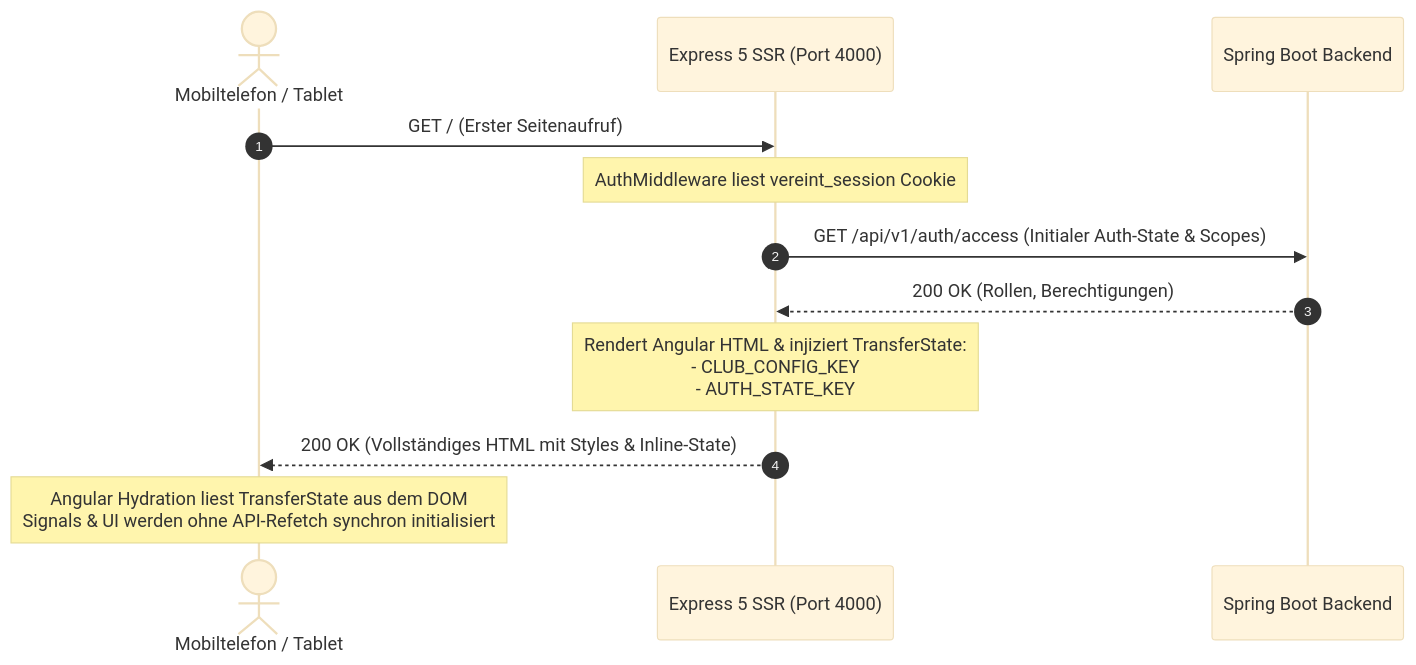
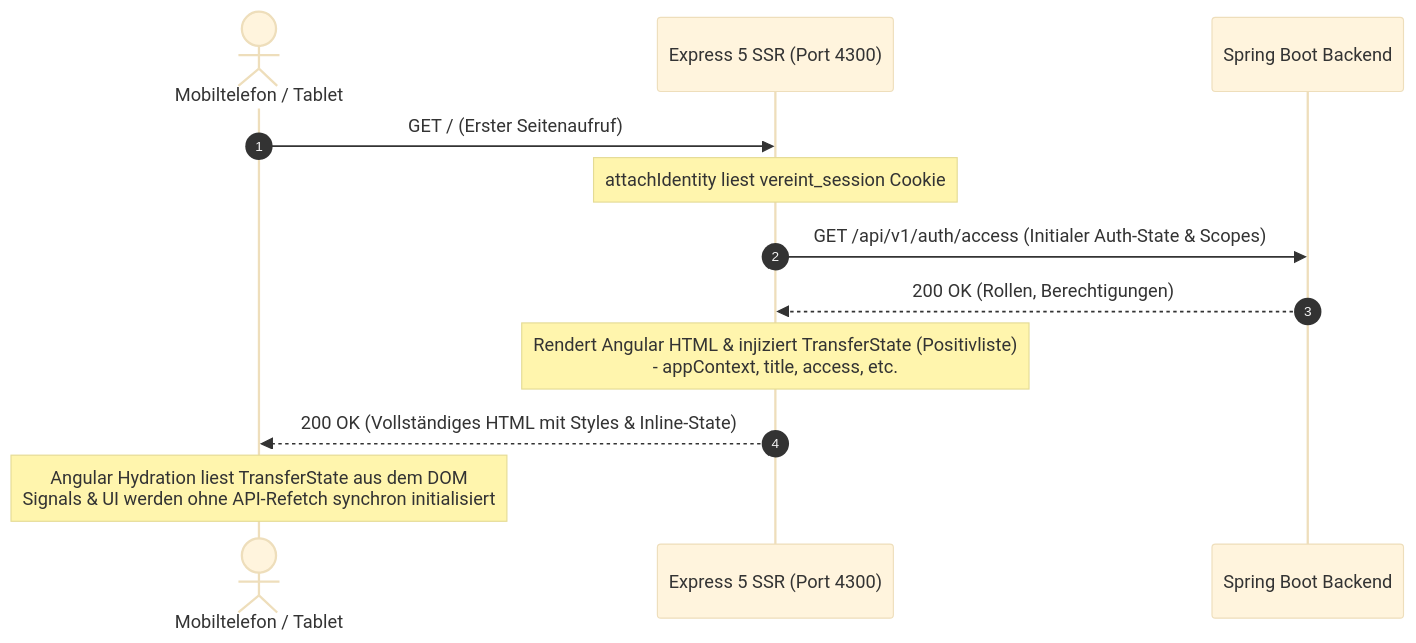
One commit to damaurer/vereint changed the diagram in docs/frontend/angular-ssr-and-pwa.md. Above: the diagram before and after it, drawn with Mermaid (base theme). The commit also changed other lines of this file and 16 other files, not shown here.

Commit message:
Add comprehensive documentation for Backend-for-Frontend (BFF) module, covering architecture, request pipeline, authentication, API proxying, and extension guides.

````diff
--- a/docs/frontend/angular-ssr-and-pwa.md
+++ b/docs/frontend/angular-ssr-and-pwa.md
@@ -9,15 +9,15 @@
 ```mermaid
 sequenceDiagram
     autonumber
     actor Browser as Mobiltelefon / Tablet
-    participant BFF as Express 5 SSR (Port 4000)
+    participant BFF as Express 5 SSR (Port 4300)
     participant Spring as Spring Boot Backend
 
     Browser->>BFF: GET / (Erster Seitenaufruf)
-    Note over BFF: AuthMiddleware liest vereint_session Cookie
+    Note over BFF: attachIdentity liest vereint_session Cookie
     BFF->>Spring: GET /api/v1/auth/access (Initialer Auth-State & Scopes)
     Spring-->>BFF: 200 OK (Rollen, Berechtigungen)
-    Note over BFF: Rendert Angular HTML & injiziert TransferState:<br/>- CLUB_CONFIG_KEY<br/>- AUTH_STATE_KEY
+    Note over BFF: Rendert Angular HTML & injiziert TransferState (Positivliste)<br/>- appContext, title, access, etc.
     BFF-->>Browser: 200 OK (Vollständiges HTML mit Styles & Inline-State)
     Note over Browser: Angular Hydration liest TransferState aus dem DOM<br/>Signals & UI werden ohne API-Refetch synchron initialisiert
 ```
````
